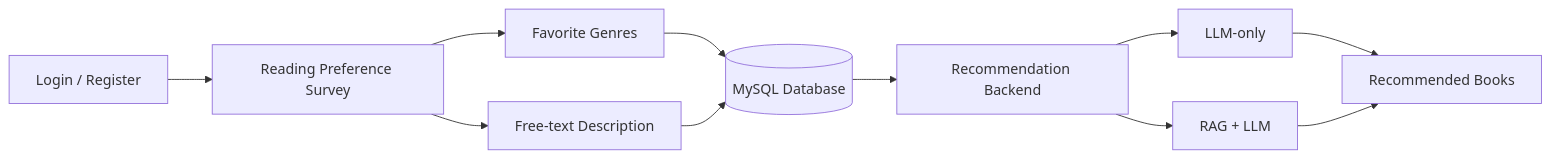
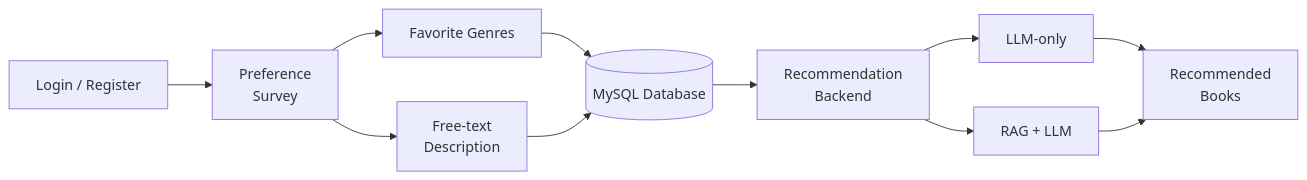
The diagram in README.md (Fuyuki0312/Reading-app-Lunaria), drawn with Mermaid before and after one commit. The commit also changed other lines of this file, not shown here.

Commit message:
Update RAG pipeline in README

````diff
--- a/README.md
+++ b/README.md
@@ -62,18 +62,18 @@
 ```mermaid
 flowchart LR
 
-A[Login / Register] --> B[Reading Preference Survey]
+A["Login / Register"] --> B["Preference<br/>Survey"]
 
-B --> C[Favorite Genres]
-B --> D[Free-text Description]
+B --> C["Favorite Genres"]
+B --> D["Free-text<br/>Description"]
 
-C --> E[(MySQL Database)]
+C --> E[("MySQL Database")]
 D --> E
 
-E --> F[Recommendation Backend]
-F --> G[LLM-only]
-F --> H[RAG + LLM]
+E --> F["Recommendation<br/>Backend"]
+F --> G["LLM-only"]
+F --> H["RAG + LLM"]
 
-G --> I[Recommended Books]
+G --> I["Recommended<br/>Books"]
 H --> I
 ```
````
